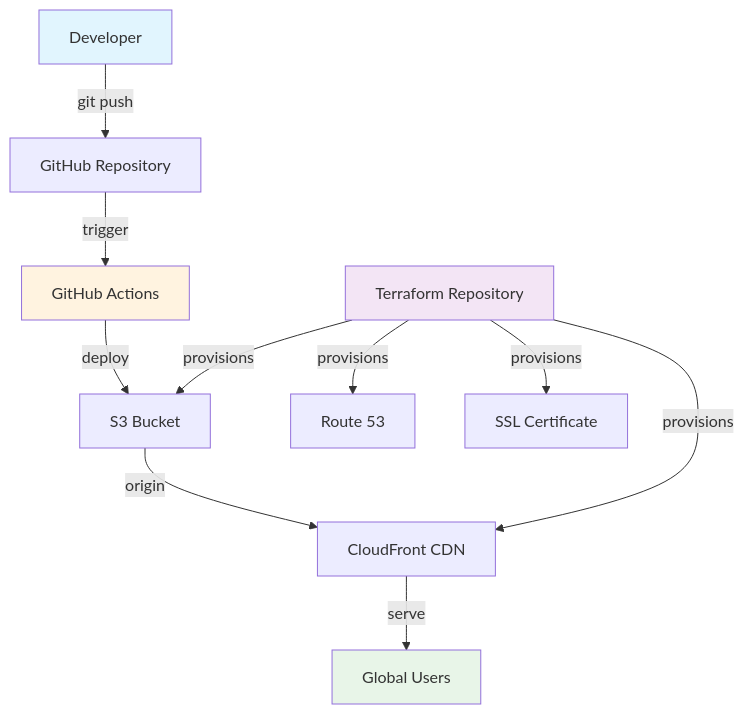
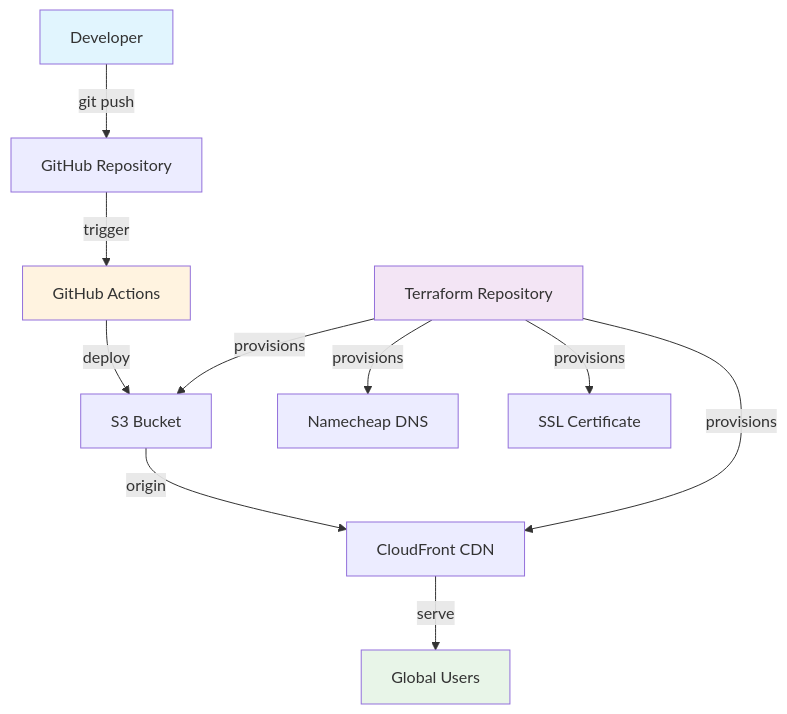
Before and after one commit to TanyaMushonga/aws-static-site-deploy: the diagram in README.md, drawn with Mermaid. The commit also changed other lines of this file, not shown here.

Commit message:
Update README to reflect DNS provider change from AWS Route 53 to Namecheap

````diff
--- a/README.md
+++ b/README.md
@@ -25,18 +25,18 @@
 ```mermaid
 graph TB
     A[Developer] -->|git push| B[GitHub Repository]
     B -->|trigger| C[GitHub Actions]
     C -->|deploy| D[S3 Bucket]
     D -->|origin| E[CloudFront CDN]
     E -->|serve| F[Global Users]
 
     G[Terraform Repository] -->|provisions| D
     G -->|provisions| E
-    G -->|provisions| H[Route 53]
+    G -->|provisions| H[Namecheap DNS]
     G -->|provisions| I[SSL Certificate]
 
     style A fill:#e1f5fe
     style F fill:#e8f5e8
     style G fill:#f3e5f5
     style C fill:#fff3e0
 ```
````
